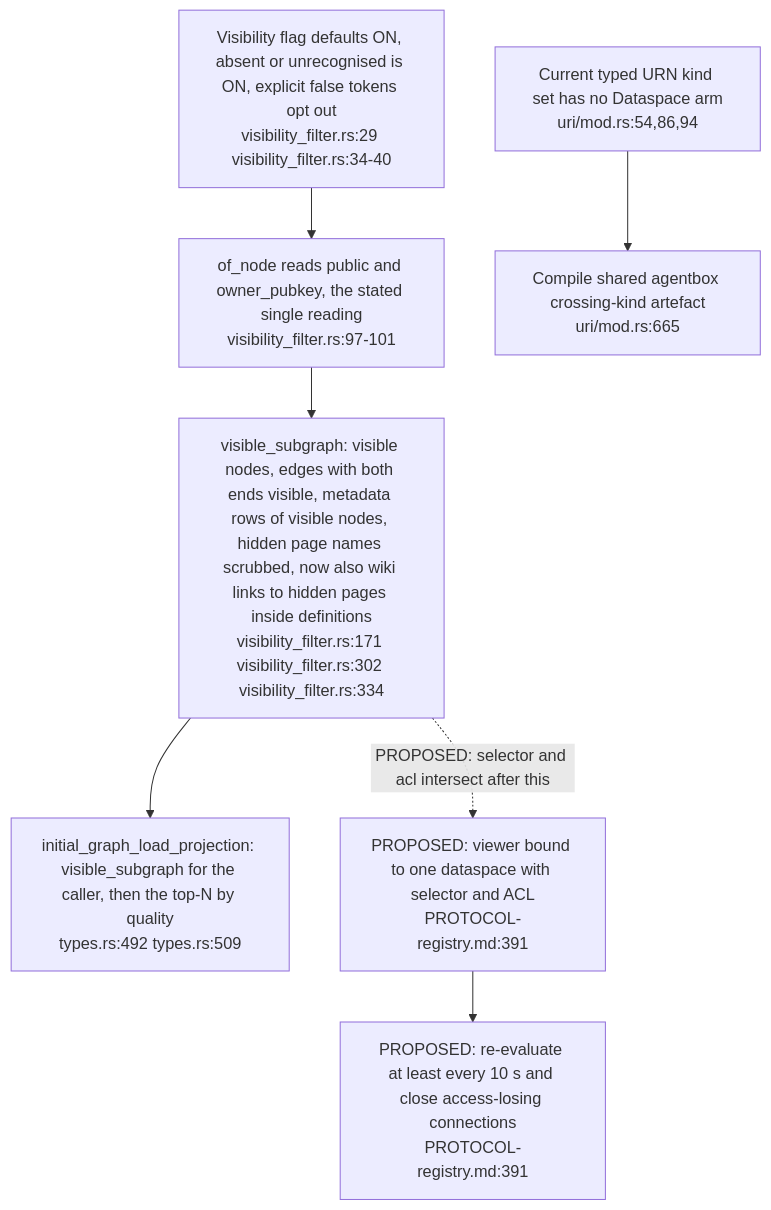
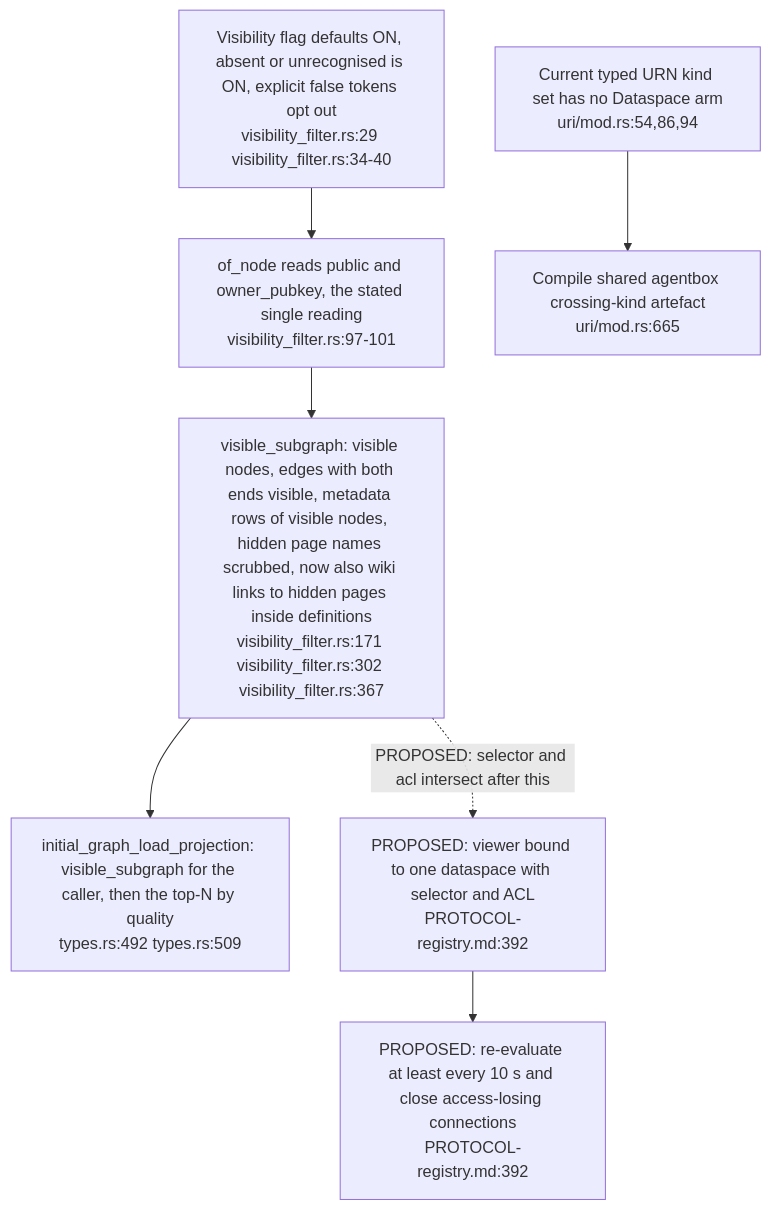
One commit to DreamLab-AI/VisionFlow changed the second of 3 diagrams in docs/diagrams/visionclaw/48-dataspace-federation-prerequisites.md. Above: the diagram before and after it, drawn with Mermaid. The commit also changed other lines of this file and 49 other files, not shown here.

First line of the commit message:
docs(diagrams): re-derive and re-stamp VisionClaw, estate, knowledge-graph, visionGraph, VisionFlow and sidestr topics

````diff
--- a/docs/diagrams/visionclaw/48-dataspace-federation-prerequisites.md
+++ b/docs/diagrams/visionclaw/48-dataspace-federation-prerequisites.md
@@ -49,9 +49,9 @@
 ```mermaid
 flowchart TD
     FLAG["Visibility flag defaults ON, absent or unrecognised is ON, explicit false tokens opt out<br/>visibility_filter.rs:29 visibility_filter.rs:34-40"] --> OF["of_node reads public and owner_pubkey, the stated single reading<br/>visibility_filter.rs:97-101"]
-    OF --> SUB["visible_subgraph: visible nodes, edges with both ends visible, metadata rows of visible nodes, hidden page names scrubbed, now also wiki links to hidden pages inside definitions<br/>visibility_filter.rs:171 visibility_filter.rs:302 visibility_filter.rs:334"]
+    OF --> SUB["visible_subgraph: visible nodes, edges with both ends visible, metadata rows of visible nodes, hidden page names scrubbed, now also wiki links to hidden pages inside definitions<br/>visibility_filter.rs:171 visibility_filter.rs:302 visibility_filter.rs:367"]
     SUB --> WSS["initial_graph_load_projection: visible_subgraph for the caller, then the top-N by quality<br/>types.rs:492 types.rs:509"]
     KINDS["Current typed URN kind set has no Dataspace arm<br/>uri/mod.rs:54,86,94"] --> SHARED["Compile shared agentbox crossing-kind artefact<br/>uri/mod.rs:665"]
-    SPEC["PROPOSED: viewer bound to one dataspace with selector and ACL<br/>PROTOCOL-registry.md:391"] --> RECHECK["PROPOSED: re-evaluate at least every 10 s and close access-losing connections<br/>PROTOCOL-registry.md:391"]
+    SPEC["PROPOSED: viewer bound to one dataspace with selector and ACL<br/>PROTOCOL-registry.md:392"] --> RECHECK["PROPOSED: re-evaluate at least every 10 s and close access-losing connections<br/>PROTOCOL-registry.md:392"]
     SUB -.->|"PROPOSED: selector and acl intersect after this"| SPEC
 ```
````
